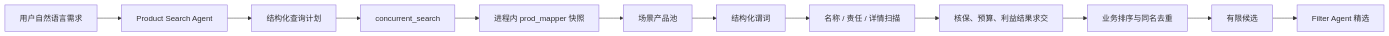
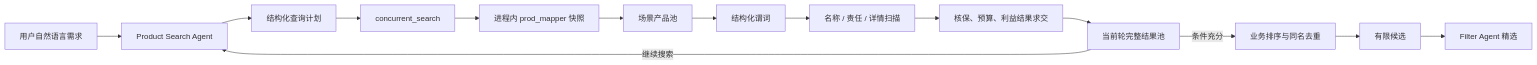
Before and after one commit to istarwyh/xiaohui: the diagram in content/program/llm/AgenticOne 产品召回：JSON 分发与内存全量过滤.md, drawn with Mermaid. The commit also changed other lines of this file and 1 other file, not shown here.

````diff
--- a/content/program/llm/AgenticOne 产品召回：JSON 分发与内存全量过滤.md
+++ b/content/program/llm/AgenticOne 产品召回：JSON 分发与内存全量过滤.md
@@ -28,14 +28,16 @@
 ```mermaid
 flowchart LR
     A["用户自然语言需求"] --> B["Product Search Agent"]
     B --> C["结构化查询计划"]
     C --> D["concurrent_search"]
     D --> E["进程内 prod_mapper 快照"]
     E --> F["场景产品池"]
     F --> G["结构化谓词"]
     G --> H["名称 / 责任 / 详情扫描"]
     H --> I["核保、预算、利益结果求交"]
-    I --> J["业务排序与同名去重"]
+    I --> M["当前轮完整结果池"]
+    M -->|"继续搜索"| B
+    M -->|"条件充分"| J["业务排序与同名去重"]
     J --> K["有限候选"]
     K --> L["Filter Agent 精选"]
 ```
````
